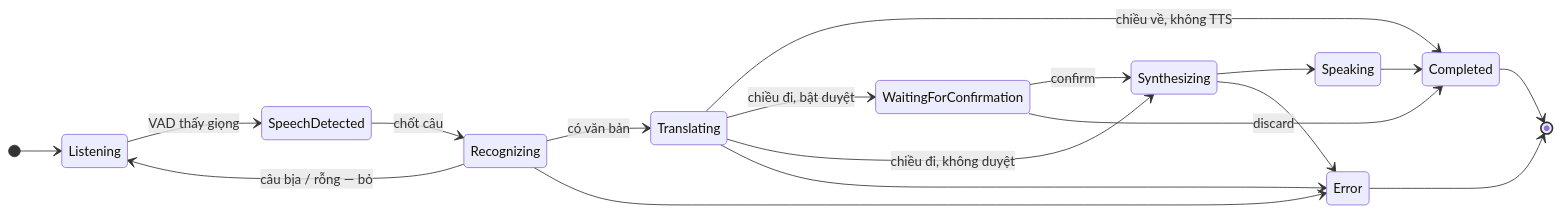
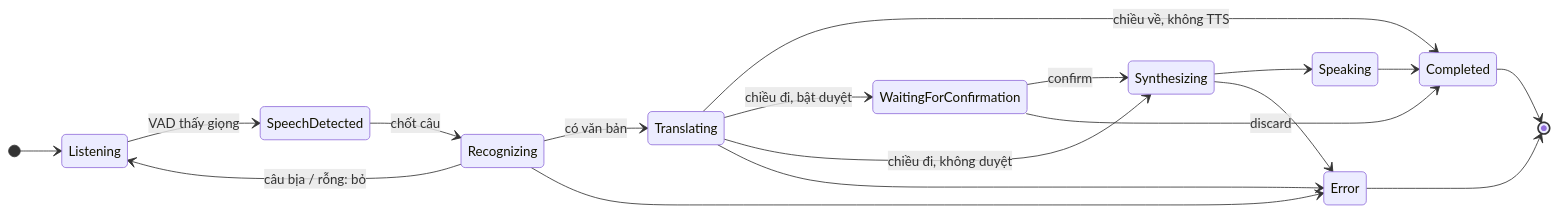
One commit to RokeyHung/local-live-voice-translator changed the diagram in docs/gvhd/khoa-luan-hinh/src/h3-5-trang-thai.mmd. Above: the diagram before and after it, drawn with Mermaid. The commit also changed 32 other files, not shown here.

```diff
--- a/docs/gvhd/khoa-luan-hinh/src/h3-5-trang-thai.mmd
+++ b/docs/gvhd/khoa-luan-hinh/src/h3-5-trang-thai.mmd
@@ -1,19 +1,19 @@
 stateDiagram-v2
     direction LR
     [*] --> Listening
     Listening --> SpeechDetected : VAD thấy giọng
     SpeechDetected --> Recognizing : chốt câu
-    Recognizing --> Listening : câu bịa / rỗng — bỏ
+    Recognizing --> Listening : câu bịa / rỗng: bỏ
     Recognizing --> Translating : có văn bản
     Translating --> Completed : chiều về, không TTS
     Translating --> WaitingForConfirmation : chiều đi, bật duyệt
     Translating --> Synthesizing : chiều đi, không duyệt
     WaitingForConfirmation --> Synthesizing : confirm
     WaitingForConfirmation --> Completed : discard
     Synthesizing --> Speaking
     Speaking --> Completed
     Recognizing --> Error
     Translating --> Error
     Synthesizing --> Error
     Completed --> [*]
     Error --> [*]
```
